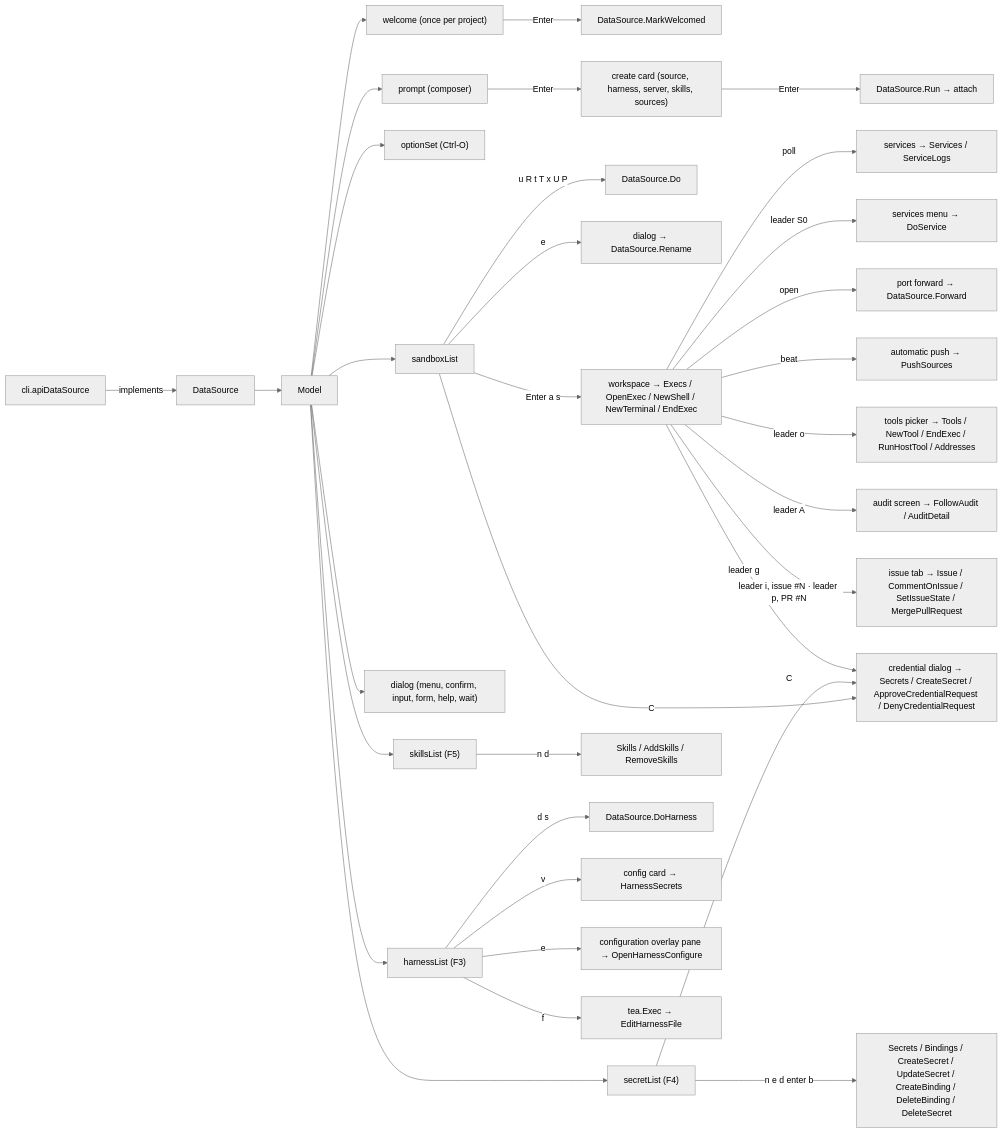
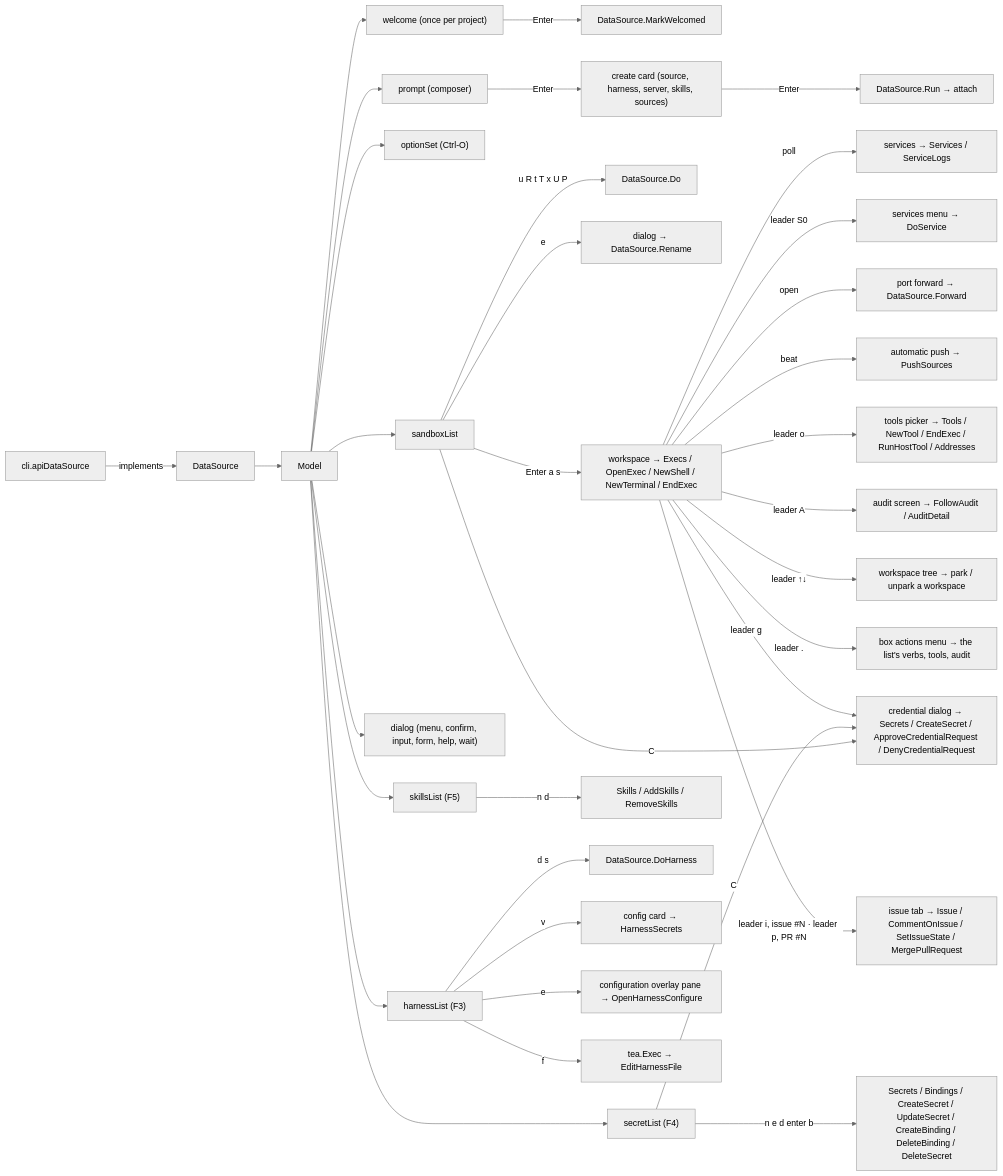
Before and after one commit to discobox-ai/discobox: the first of 2 diagrams in cli/internal/tui/DESIGN.md, drawn with Mermaid (neutral theme). The commit also changed other lines of this file and 40 other files, not shown here.

````diff
--- a/cli/internal/tui/DESIGN.md
+++ b/cli/internal/tui/DESIGN.md
@@ -14,35 +14,37 @@
 ```mermaid
 flowchart LR
     CLI["cli.apiDataSource"] -->|implements| DS["DataSource"]
     DS --> M["Model"]
     M --> P["prompt (composer)"]
     M --> L["sandboxList"]
     M --> O["optionSet (Ctrl-O)"]
     M --> A["harnessList (F3)"]
     M --> D["dialog (menu, confirm, input, form, help, wait)"]
     M --> W["welcome (once per project)"]
     W -->|Enter| MW["DataSource.MarkWelcomed"]
     P -->|Enter| Card["create card (source, harness, server, skills, sources)"]
     Card -->|Enter| Run["DataSource.Run → attach"]
     L -->|u R t T x U P| Verb["DataSource.Do"]
     L -->|e| Rename["dialog → DataSource.Rename"]
     L -->|Enter a s| WS["workspace → Execs / OpenExec / NewShell / NewTerminal / EndExec"]
     WS -->|poll| Svc["services → Services / ServiceLogs"]
     WS -->|leader S0| SvcMenu["services menu → DoService"]
     WS -->|open| Fwd["port forward → DataSource.Forward"]
     WS -->|beat| Push["automatic push → PushSources"]
     L -->|C| Cred["credential dialog → Secrets / CreateSecret / ApproveCredentialRequest / DenyCredentialRequest"]
     M --> S["secretList (F4)"]
     S -->|n e d enter b| SVerb["Secrets / Bindings / CreateSecret / UpdateSecret / CreateBinding / DeleteBinding / DeleteSecret"]
     S -->|C| Cred
     M --> K["skillsList (F5)"]
     K -->|n d| KVerb["Skills / AddSkills / RemoveSkills"]
     WS -->|leader g| Cred
     WS -->|leader o| T["tools picker → Tools / NewTool / EndExec / RunHostTool / Addresses"]
     WS -->|leader A| Aud["audit screen → FollowAudit / AuditDetail"]
+    WS -->|leader ↑↓| Tree["workspace tree → park / unpark a workspace"]
+    WS -->|leader .| Menu["box actions menu → the list's verbs, tools, audit"]
     WS -->|leader i, issue #N · leader p, PR #N| Iss["issue tab → Issue / CommentOnIssue / SetIssueState / MergePullRequest"]
     A -->|d s| AVerb["DataSource.DoHarness"]
     A -->|v| ACard["config card → HarnessSecrets"]
     A -->|e| ACfg["configuration overlay pane → OpenHarnessConfigure"]
     A -->|f| AExec["tea.Exec → EditHarnessFile"]
 ```
````
